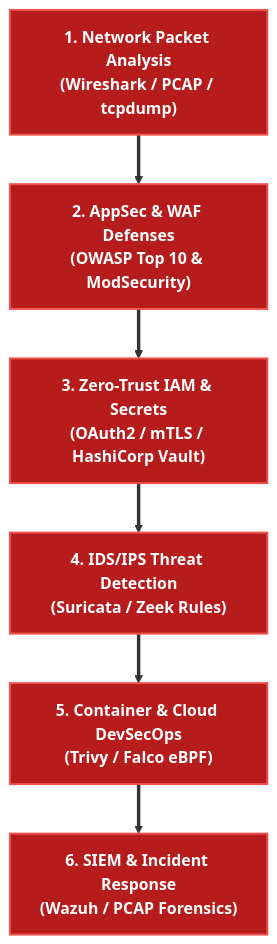
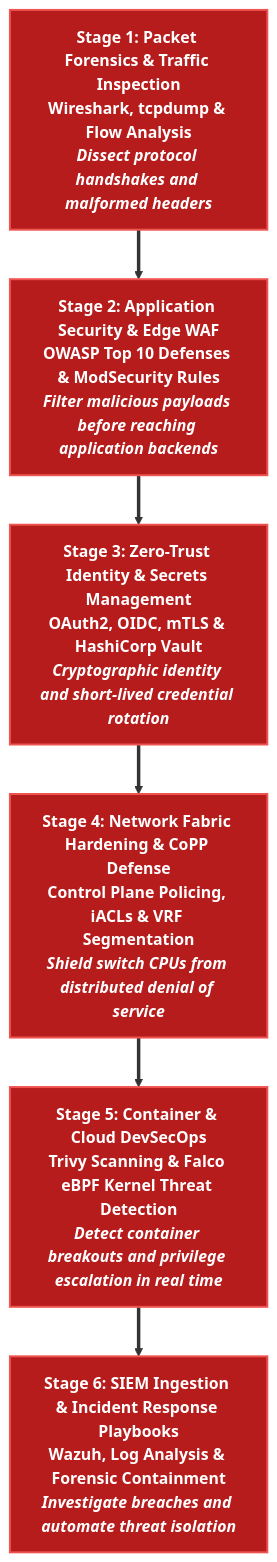
The diagram in docs/tracks/cybersecurity-engineer.md (etherhtun/netforge-labs), drawn with Mermaid before and after one commit. The commit also changed other lines of this file and 60 other files, not shown here.

````diff
--- a/docs/tracks/cybersecurity-engineer.md
+++ b/docs/tracks/cybersecurity-engineer.md
@@ -27,11 +34,14 @@
 ```mermaid
 graph TD
-    S1["1. Network Packet Analysis<br/>(Wireshark / PCAP / tcpdump)"] ==> S2["2. AppSec & WAF Defenses<br/>(OWASP Top 10 & ModSecurity)"]
-    S2 ==> S3["3. Zero-Trust IAM & Secrets<br/>(OAuth2 / mTLS / HashiCorp Vault)"]
-    S3 ==> S4["4. IDS/IPS Threat Detection<br/>(Suricata / Zeek Rules)"]
-    S4 ==> S5["5. Container & Cloud DevSecOps<br/>(Trivy / Falco eBPF)"]
-    S5 ==> S6["6. SIEM & Incident Response<br/>(Wazuh / PCAP Forensics)"]
+    S1["<b>Stage 1: Packet Forensics & Traffic Inspection</b><br/>Wireshark, tcpdump & Flow Analysis<br/><i>Dissect protocol handshakes and malformed headers</i>"]
+    S2["<b>Stage 2: Application Security & Edge WAF</b><br/>OWASP Top 10 Defenses & ModSecurity Rules<br/><i>Filter malicious payloads before reaching application backends</i>"]
+    S3["<b>Stage 3: Zero-Trust Identity & Secrets Management</b><br/>OAuth2, OIDC, mTLS & HashiCorp Vault<br/><i>Cryptographic identity and short-lived credential rotation</i>"]
+    S4["<b>Stage 4: Network Fabric Hardening & CoPP Defense</b><br/>Control Plane Policing, iACLs & VRF Segmentation<br/><i>Shield switch CPUs from distributed denial of service</i>"]
+    S5["<b>Stage 5: Container & Cloud DevSecOps</b><br/>Trivy Scanning & Falco eBPF Kernel Threat Detection<br/><i>Detect container breakouts and privilege escalation in real time</i>"]
+    S6["<b>Stage 6: SIEM Ingestion & Incident Response Playbooks</b><br/>Wazuh, Log Analysis & Forensic Containment<br/><i>Investigate breaches and automate threat isolation</i>"]
+
+    S1 ==> S2 ==> S3 ==> S4 ==> S5 ==> S6
 
     classDef sec fill:#b71c1c,stroke:#ef5350,color:#ffffff,stroke-width:2px,font-weight:bold;
     class S1,S2,S3,S4,S5,S6 sec;
 ```
````
